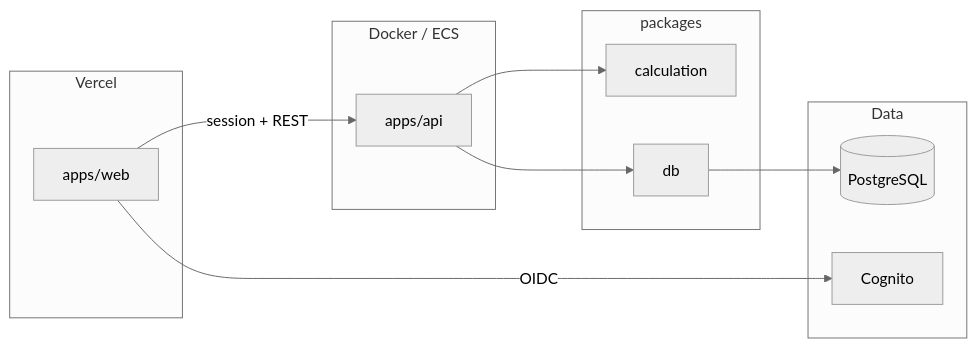
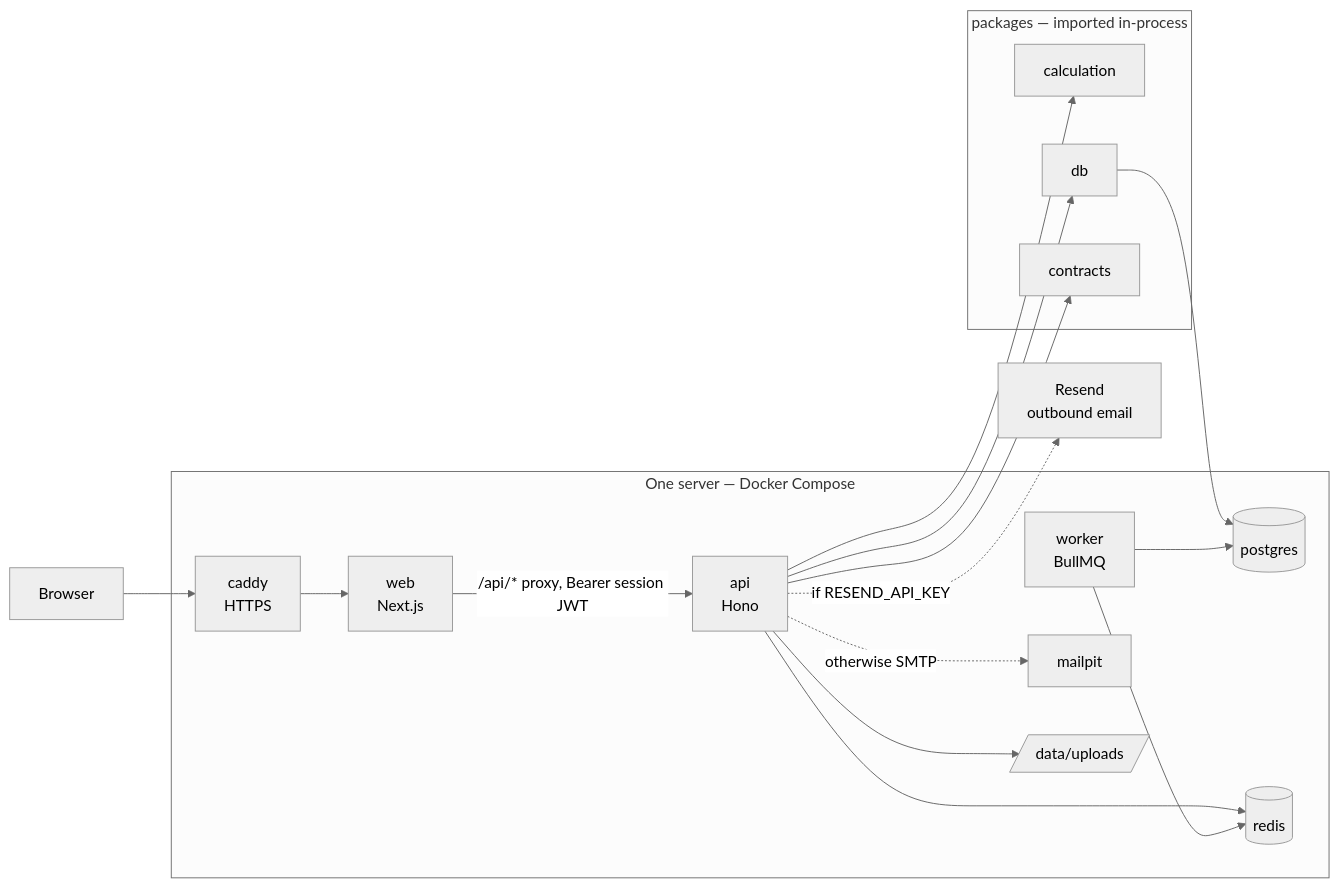
One commit to saifookhan/previo-schuco changed the diagram in docs/architecture.md. Above: the diagram before and after it, drawn with Mermaid (neutral theme). The commit also changed other lines of this file and 43 other files, not shown here.

````diff
--- a/docs/architecture.md
+++ b/docs/architecture.md
@@ -34,26 +37,35 @@
 ```mermaid
 flowchart LR
-  subgraph vercel [Vercel]
-    Web[apps/web]
+  Browser[Browser]
+
+  subgraph server [One server — Docker Compose]
+    Caddy[caddy<br/>HTTPS]
+    Web[web<br/>Next.js]
+    API[api<br/>Hono]
+    Worker[worker<br/>BullMQ]
+    PG[(postgres)]
+    Redis[(redis)]
+    Mail[mailpit]
+    Disk[/data/uploads/]
   end
 
-  subgraph local_or_ecs [Docker / ECS]
-    API[apps/api]
+  Resend[Resend<br/>outbound email]
+
+  subgraph packages [packages — imported in-process]
+    Calc[calculation]
+    Db[db]
+    Contracts[contracts]
   end
 
-  subgraph packages [packages]
-    Calc[calculation]
-    Db[db]
-  end
-
-  subgraph data [Data]
-    PG[(PostgreSQL)]
-    Cognito[Cognito]
-  end
-
-  Web -->|session + REST| API
-  Web -->|OIDC| Cognito
+  Browser --> Caddy --> Web
+  Web -->|"/api/* proxy, Bearer session JWT"| API
+  API --> Db --> PG
   API --> Calc
-  API --> Db
-  Db --> PG
+  API --> Contracts
+  API --> Redis
+  Worker --> Redis
+  Worker --> PG
+  API -.->|if RESEND_API_KEY| Resend
+  API -.->|otherwise SMTP| Mail
+  API --> Disk
 ```
````
